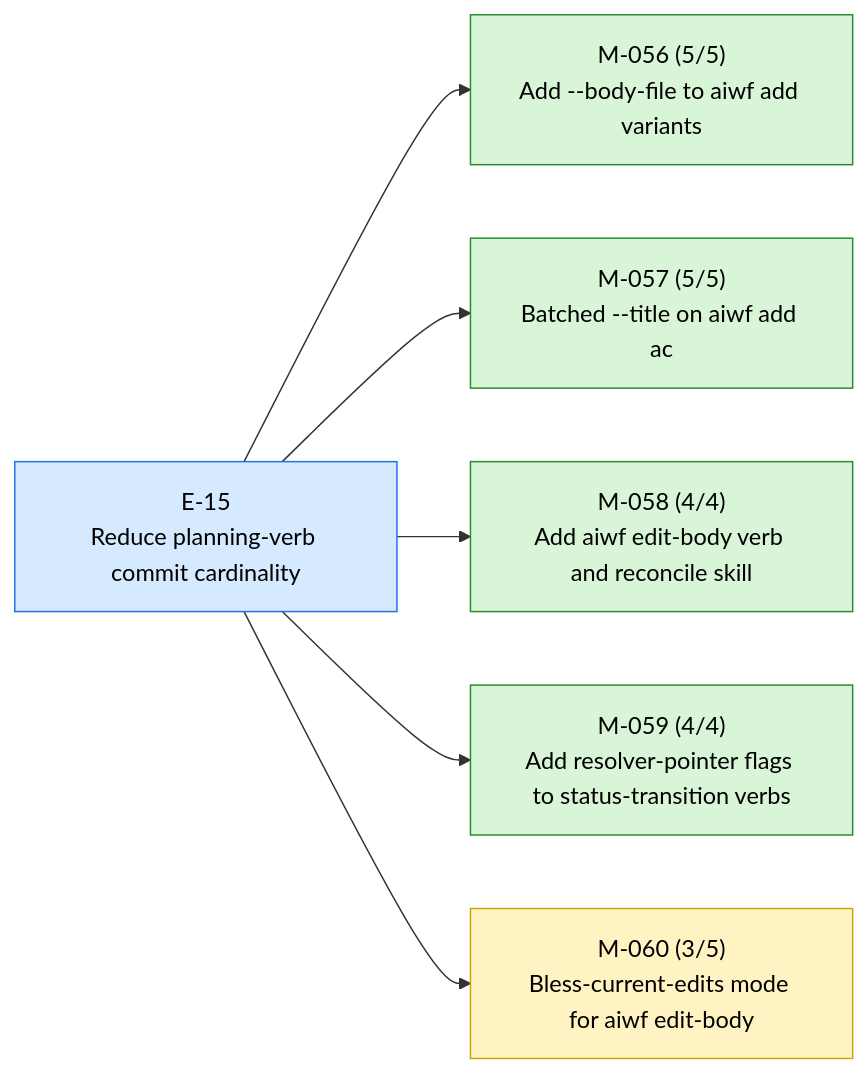
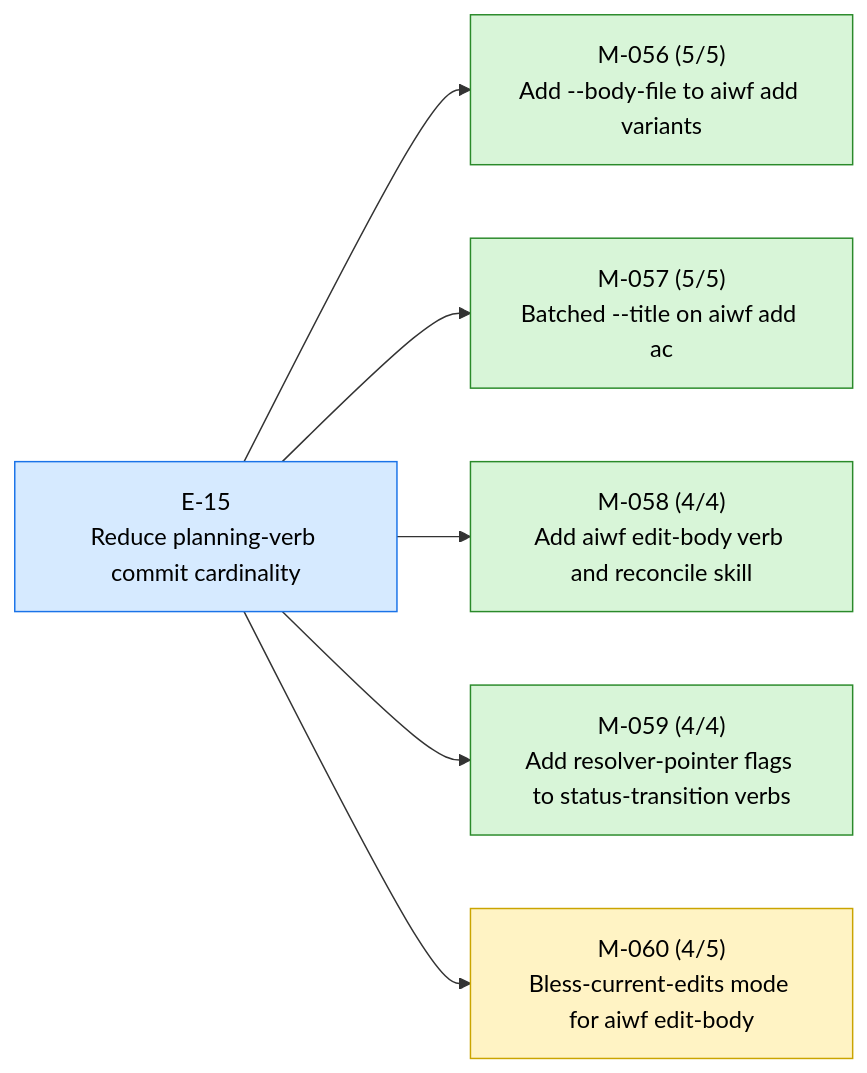
One commit to 23min/aiwf changed the first of 3 diagrams in STATUS.md. Above: the diagram before and after it, drawn with Mermaid. The commit also changed other lines of this file and 1 other file, not shown here.

First line of the commit message:
aiwf promote M-060/AC-4 open -> met

````diff
--- a/STATUS.md
+++ b/STATUS.md
@@ -15,20 +15,20 @@
 ```mermaid
 flowchart LR
   E_15["E-15<br/>Reduce planning-verb commit cardinality"]:::epic_active
   M_056["M-056 (5/5)<br/>Add --body-file to aiwf add variants"]:::ms_done
   E_15 --> M_056
   M_057["M-057 (5/5)<br/>Batched --title on aiwf add ac"]:::ms_done
   E_15 --> M_057
   M_058["M-058 (4/4)<br/>Add aiwf edit-body verb and reconcile skill"]:::ms_done
   E_15 --> M_058
   M_059["M-059 (4/4)<br/>Add resolver-pointer flags to status-transition verbs"]:::ms_done
   E_15 --> M_059
-  M_060["M-060 (3/5)<br/>Bless-current-edits mode for aiwf edit-body"]:::ms_in_progress
+  M_060["M-060 (4/5)<br/>Bless-current-edits mode for aiwf edit-body"]:::ms_in_progress
   E_15 --> M_060
   classDef epic_active fill:#d6eaff,stroke:#1a73e8,color:#000
   classDef epic_proposed fill:#f4f4f4,stroke:#888,color:#000
   classDef ms_done fill:#d8f5d8,stroke:#2a8a2a,color:#000
   classDef ms_in_progress fill:#fff3c4,stroke:#caa400,color:#000
   classDef ms_draft fill:#f4f4f4,stroke:#888,color:#000
   classDef ms_cancelled fill:#fbeaea,stroke:#c33,color:#000
 ```
````
